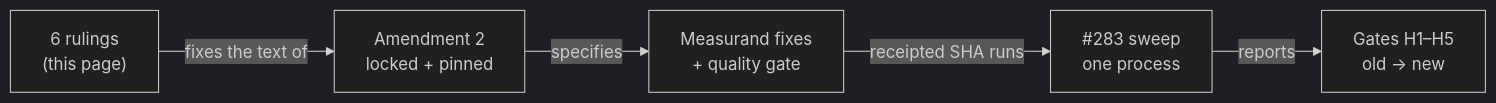
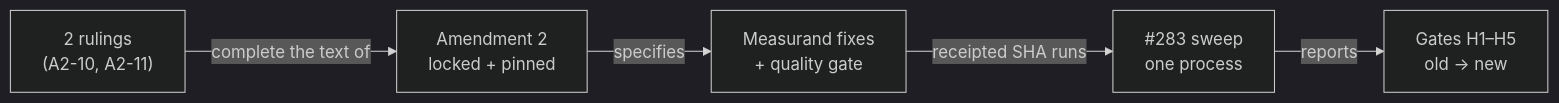
Before and after one commit to supmo668/bioFM: the diagram in docs/hacp/perturb-seq-eval-decision-p0p5.md, drawn with Mermaid (dark theme). The commit also changed other lines of this file and 1 other file, not shown here.

First line of the commit message:
perturb-seq-eval/perturb-seq-eval: docs(perturb-seq-eval): HACP floor — P0-P5 decision page + index: D1 approved (dfaf8c3), 2c-2g ruled, A2-10/A2-11 open (9 ruled / 2 open)

````diff
--- a/docs/hacp/perturb-seq-eval-decision-p0p5.md
+++ b/docs/hacp/perturb-seq-eval-decision-p0p5.md
@@ -16,7 +18,7 @@
 ```mermaid
 flowchart LR
-  R["6 rulings<br/>(this page)"] -->|"fixes the text of"| A["Amendment 2<br/>locked + pinned"]
+  R["2 rulings<br/>(A2-10, A2-11)"] -->|"complete the text of"| A["Amendment 2<br/>locked + pinned"]
   A -->|"specifies"| F["Measurand fixes<br/>+ quality gate"]
   F -->|"receipted SHA runs"| S["#283 sweep<br/>one process"]
   S -->|"reports"| O["Gates H1–H5<br/>old → new"]
 ```
````
